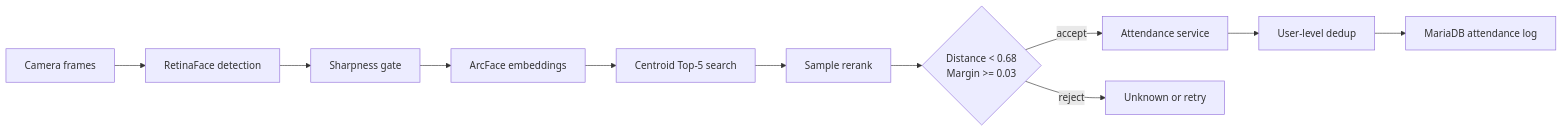
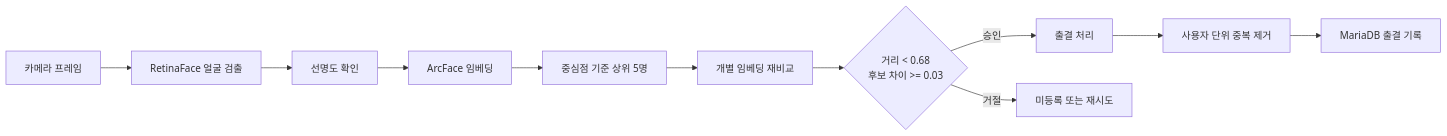
The diagram in README.md (yoon-chan-hyeok/face-attendance-system), drawn with Mermaid before and after one commit. The commit also changed other lines of this file and 1 other file, not shown here.

Commit message:
Clarify face attendance upgrade in Korean

````diff
--- a/README.md
+++ b/README.md
@@ -41,13 +50,13 @@
 ```mermaid
 flowchart LR
-    C["Camera frames"] --> D["RetinaFace detection"]
-    D --> Q["Sharpness gate"]
-    Q --> E["ArcFace embeddings"]
-    E --> M["Centroid Top-5 search"]
-    M --> S["Sample rerank"]
-    S --> G{"Distance < 0.68<br/>Margin >= 0.03"}
-    G -->|accept| A["Attendance service"]
-    G -->|reject| R["Unknown or retry"]
-    A --> U["User-level dedup"]
-    U --> DB["MariaDB attendance log"]
+    C["카메라 프레임"] --> D["RetinaFace 얼굴 검출"]
+    D --> Q["선명도 확인"]
+    Q --> E["ArcFace 임베딩"]
+    E --> M["중심점 기준 상위 5명"]
+    M --> S["개별 임베딩 재비교"]
+    S --> G{"거리 < 0.68<br/>후보 차이 >= 0.03"}
+    G -->|승인| A["출결 처리"]
+    G -->|거절| R["미등록 또는 재시도"]
+    A --> U["사용자 단위 중복 제거"]
+    U --> DB["MariaDB 출결 기록"]
 ```
````
